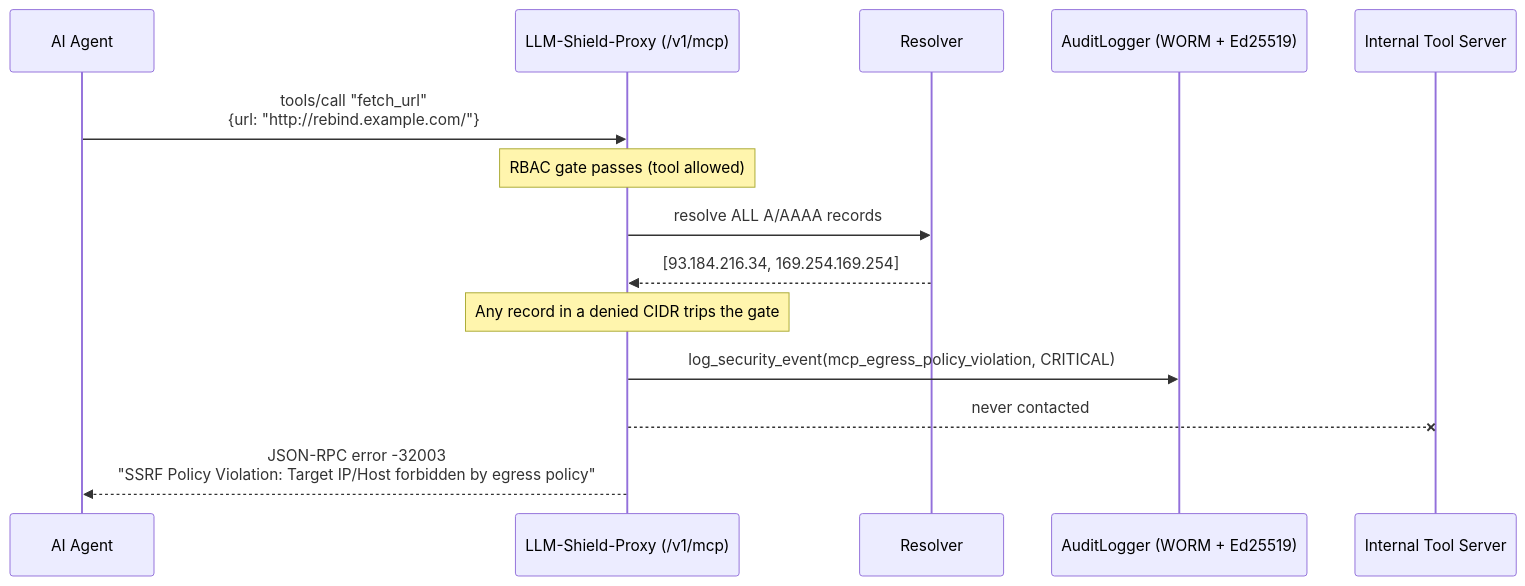
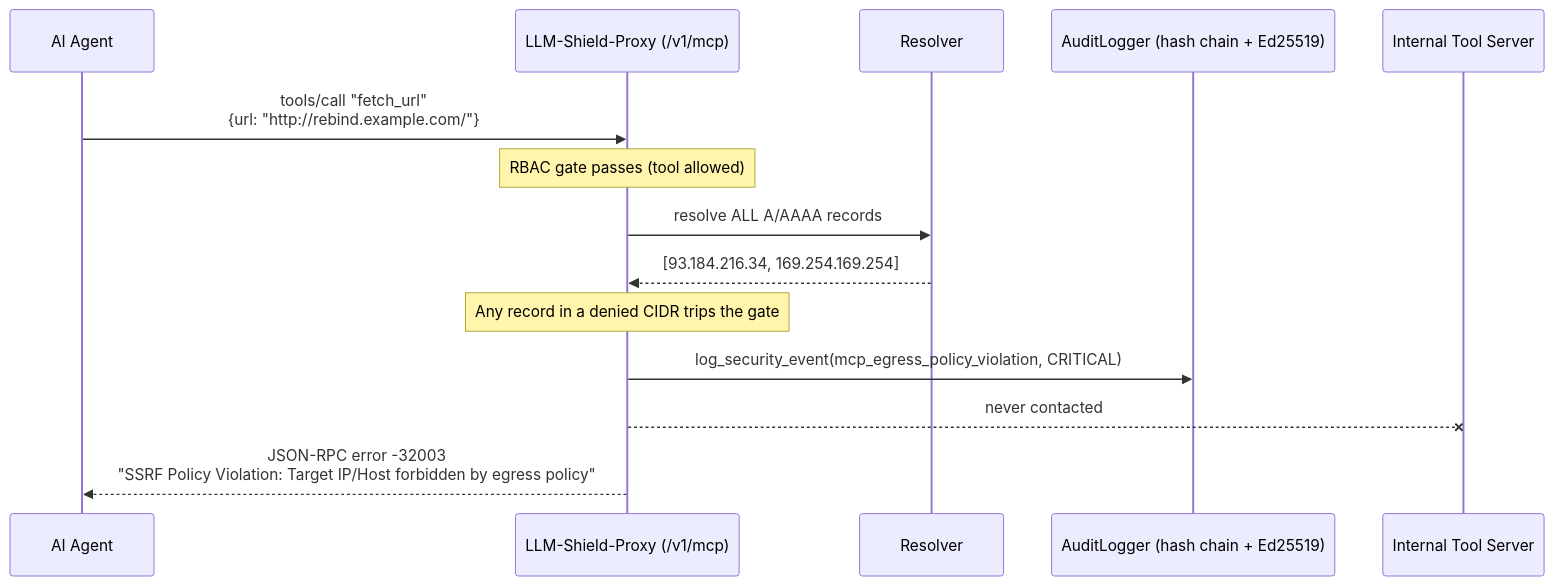
Before and after one commit to ninadphalak/LLM-Shield-Proxy: the diagram in website/docs/features/secure-infrastructure-service-mesh/ssrf-dns-rebinding-egress-firewall.md, drawn with Mermaid. The commit also changed other lines of this file and 103 other files, not shown here.

````diff
--- a/website/docs/features/secure-infrastructure-service-mesh/ssrf-dns-rebinding-egress-firewall.md
+++ b/website/docs/features/secure-infrastructure-service-mesh/ssrf-dns-rebinding-egress-firewall.md
@@ -58,17 +58,17 @@
 ```mermaid
 sequenceDiagram
     participant Agent as AI Agent
     participant Shield as LLM-Shield-Proxy (/v1/mcp)
     participant DNS as Resolver
-    participant Audit as AuditLogger (WORM + Ed25519)
+    participant Audit as AuditLogger (hash chain + Ed25519)
     participant Tool as Internal Tool Server
 
     Agent->>Shield: tools/call "fetch_url"<br/>{url: "http://rebind.example.com/"}
     Note over Shield: RBAC gate passes (tool allowed)
     Shield->>DNS: resolve ALL A/AAAA records
     DNS-->>Shield: [93.184.216.34, 169.254.169.254]
     Note over Shield: Any record in a denied CIDR trips the gate
     Shield->>Audit: log_security_event(mcp_egress_policy_violation, CRITICAL)
     Shield--xTool: never contacted
     Shield-->>Agent: JSON-RPC error -32003<br/>"SSRF Policy Violation: Target IP/Host forbidden by egress policy"
 ```
````
